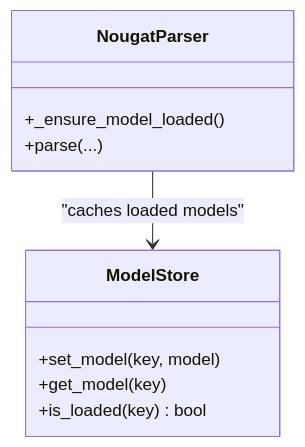
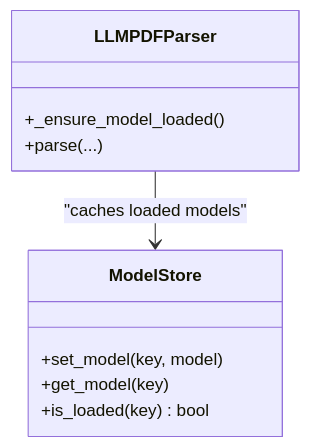
Before and after one commit to rohitkumarnaidu/ScholarFormAI: the third of 6 diagrams in .docs/content/AI_ML Integration/Ollama Local Deployment.md, drawn with Mermaid. The commit also changed other lines of this file and 4 other files, not shown here.

````diff
--- a/.docs/content/AI_ML Integration/Ollama Local Deployment.md
+++ b/.docs/content/AI_ML Integration/Ollama Local Deployment.md
@@ -164,13 +164,13 @@
 ```mermaid
 classDiagram
 class ModelStore {
 +set_model(key, model)
 +get_model(key)
 +is_loaded(key) bool
 }
-class NougatParser {
+class LLMPDFParser {
 +_ensure_model_loaded()
 +parse(...)
 }
-NougatParser --> ModelStore : "caches loaded models"
+LLMPDFParser --> ModelStore : "caches loaded models"
 ```
````
